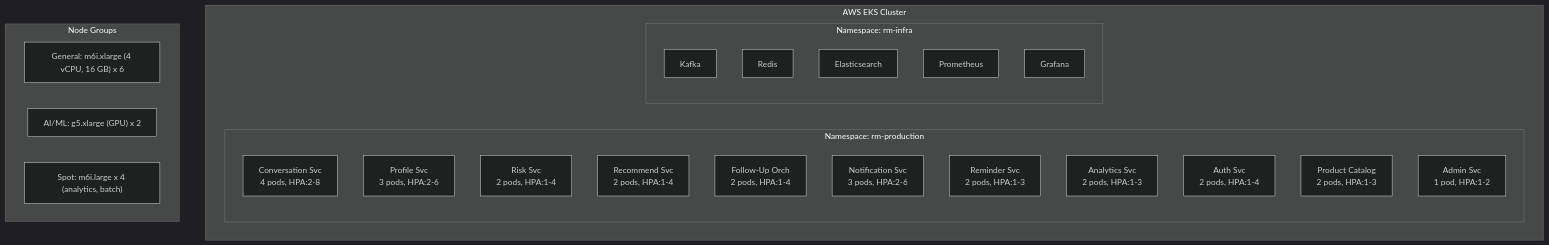
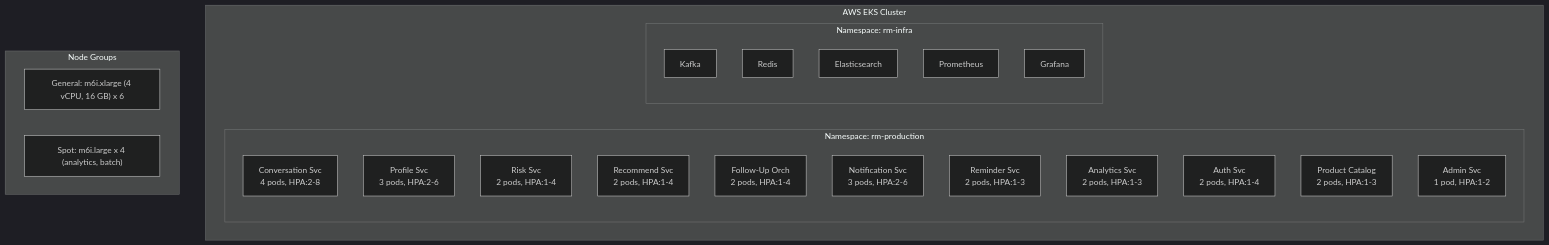
Diagram 13 of 14 in docs/design/02-high-level-design.md (Cognition-Partner-Workshops/uc-framework-upgrade-monolith-to-microservices), drawn with Mermaid (dark theme) before and after one commit. The commit also changed other lines of this file and 4 other files, not shown here.

````diff
--- a/docs/design/02-high-level-design.md
+++ b/docs/design/02-high-level-design.md
@@ -487,31 +475,30 @@
 ```mermaid
 graph TB
     subgraph EKS["AWS EKS Cluster"]
         subgraph PROD_NS["Namespace: rm-production"]
             CONV_POD["Conversation Svc<br/>4 pods, HPA:2-8"]
             PROF_POD["Profile Svc<br/>3 pods, HPA:2-6"]
             RISK_POD["Risk Svc<br/>2 pods, HPA:1-4"]
             REC_POD["Recommend Svc<br/>2 pods, HPA:1-4"]
             FU_POD["Follow-Up Orch<br/>2 pods, HPA:1-4"]
             NOTIF_POD["Notification Svc<br/>3 pods, HPA:2-6"]
             REM_POD["Reminder Svc<br/>2 pods, HPA:1-3"]
             ANA_POD["Analytics Svc<br/>2 pods, HPA:1-3"]
             AUTH_POD["Auth Svc<br/>2 pods, HPA:1-4"]
             PC_POD["Product Catalog<br/>2 pods, HPA:1-3"]
             ADM_POD["Admin Svc<br/>1 pod, HPA:1-2"]
         end
         subgraph INFRA_NS["Namespace: rm-infra"]
             KAFKA_INF["Kafka"]
             REDIS_INF["Redis"]
             ES_INF["Elasticsearch"]
             PROM_INF["Prometheus"]
             GRAF_INF["Grafana"]
         end
     end
 
     subgraph NODES["Node Groups"]
         GEN["General: m6i.xlarge (4 vCPU, 16 GB) x 6"]
-        AI["AI/ML: g5.xlarge (GPU) x 2"]
         SPOT["Spot: m6i.large x 4 (analytics, batch)"]
     end
 ```
````
